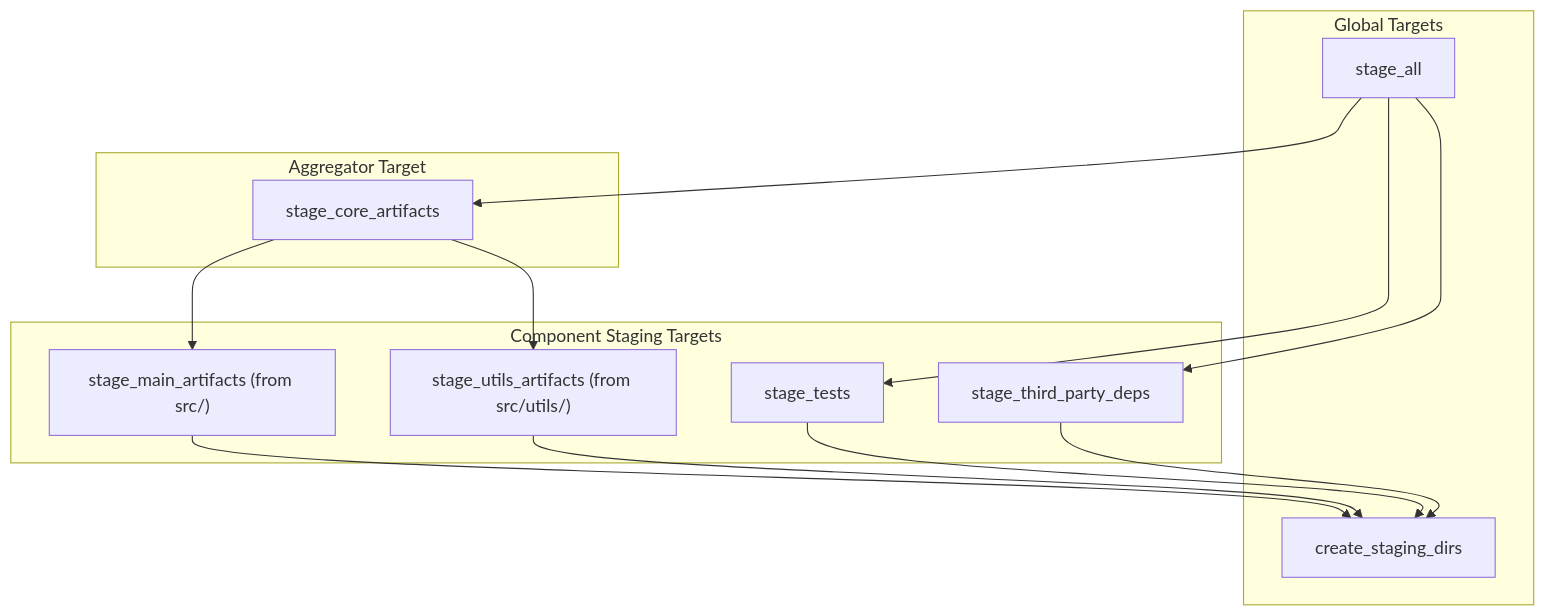
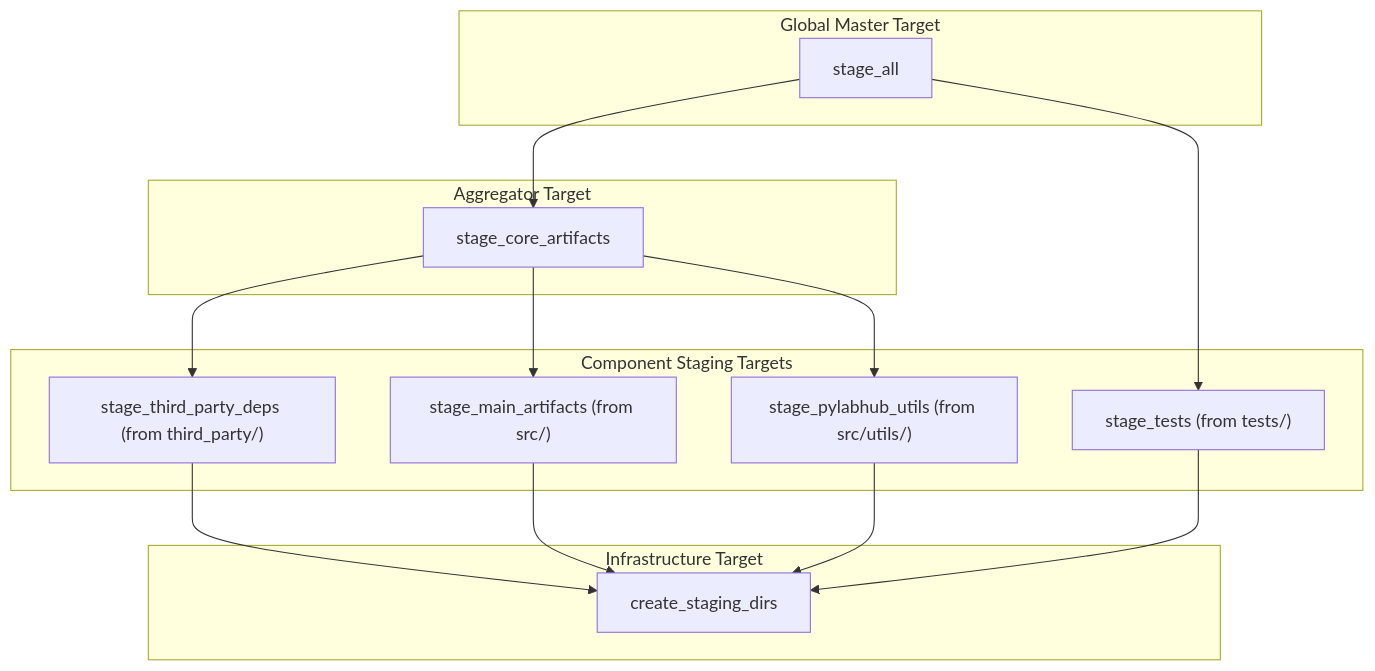
One commit to Qing-LAB/pylabhub changed the second of 2 diagrams in cpp/docs/README_CMake_Design.md. Above: the diagram before and after it, drawn with Mermaid. The commit also changed other lines of this file and 4 other files, not shown here.

````diff
--- a/cpp/docs/README_CMake_Design.md
+++ b/cpp/docs/README_CMake_Design.md
@@ -56,30 +70,33 @@
 ```mermaid
 graph TD
-    subgraph "Global Targets"
+    subgraph "Global Master Target"
         stage_all;
-        create_staging_dirs;
     end
     
     subgraph "Aggregator Target"
         stage_core_artifacts;
     end
 
     subgraph "Component Staging Targets"
         stage_main_artifacts["stage_main_artifacts (from src/)"];
-        stage_utils_artifacts["stage_utils_artifacts (from src/utils/)"];
-        stage_third_party_deps;
-        stage_tests;
+        stage_pylabhub_utils["stage_pylabhub_utils (from src/utils/)"];
+        stage_third_party_deps["stage_third_party_deps (from third_party/)"];
+        stage_tests["stage_tests (from tests/)"];
+    end
+    
+    subgraph "Infrastructure Target"
+      create_staging_dirs;
     end
 
     stage_all --> stage_core_artifacts;
-    stage_all --> stage_third_party_deps;
     stage_all --> stage_tests;
     
+    stage_core_artifacts --> stage_third_party_deps;
     stage_core_artifacts --> stage_main_artifacts;
-    stage_core_artifacts --> stage_utils_artifacts;
+    stage_core_artifacts --> stage_pylabhub_utils;
 
     stage_main_artifacts --> create_staging_dirs;
-    stage_utils_artifacts --> create_staging_dirs;
+    stage_pylabhub_utils --> create_staging_dirs;
     stage_tests --> create_staging_dirs;
     stage_third_party_deps --> create_staging_dirs;
 ```
````
